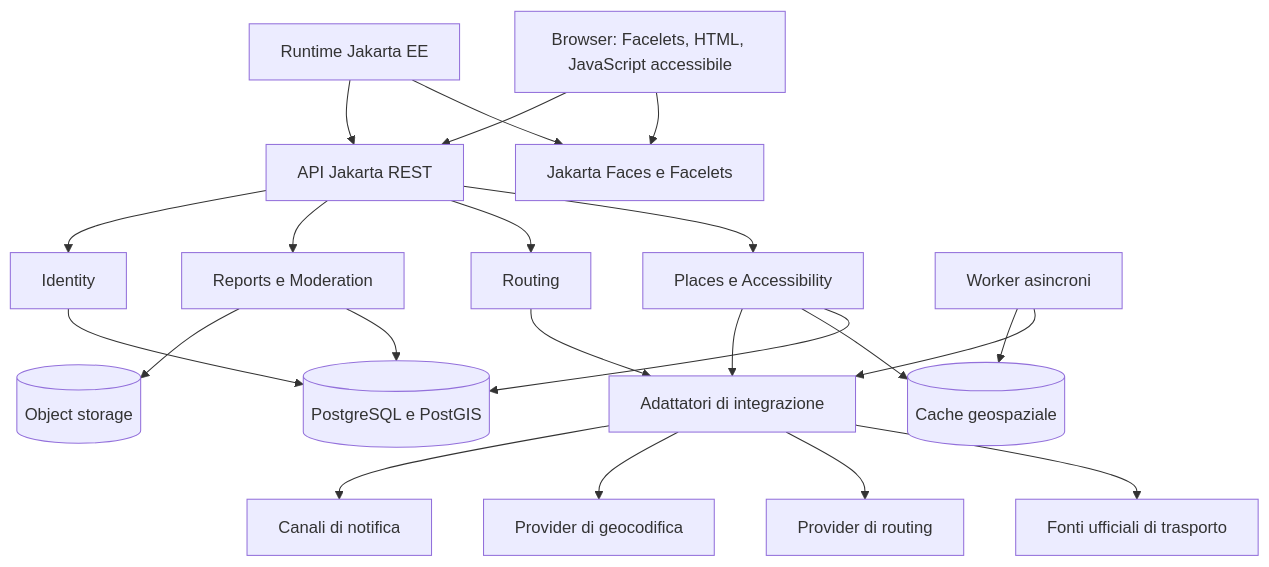
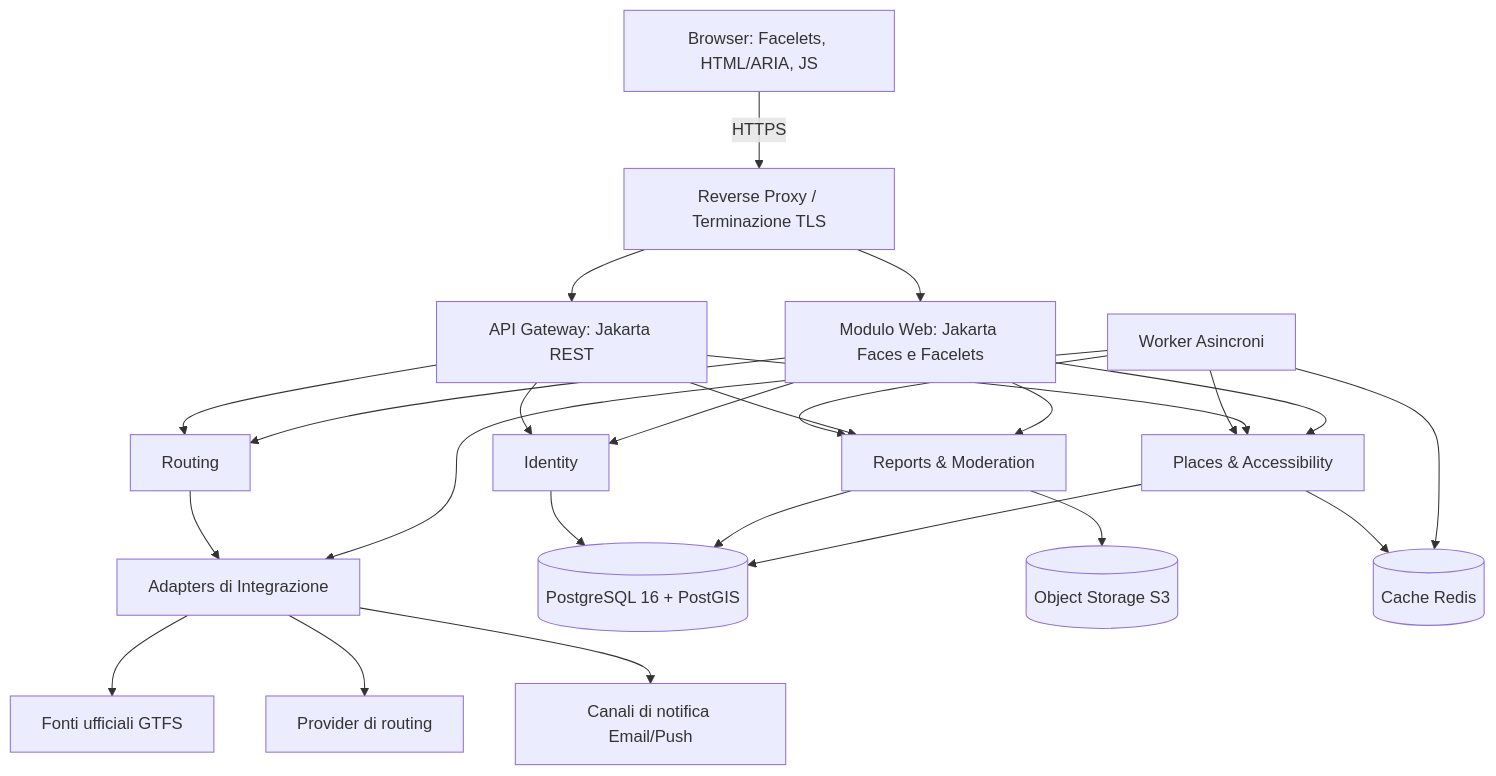
One commit to kairosci/aegis changed the first of 5 diagrams in docs/SDD.md. Above: the diagram before and after it, drawn with Mermaid. The commit also changed other lines of this file, not shown here.

````diff
--- a/docs/SDD.md
+++ b/docs/SDD.md
@@ -114,43 +116,44 @@
 ```mermaid
 flowchart TB
-  accDescr: Browser e runtime si collegano ai moduli, alla persistenza e ai provider esterni tramite adattatori.
-  Browser[Browser: Facelets, HTML, JavaScript accessibile]
-  Runtime[Runtime Jakarta EE]
-  Faces[Jakarta Faces e Facelets]
-  Rest[API Jakarta REST]
-  Places[Places e Accessibility]
+  Browser[Browser: Facelets, HTML/ARIA, JS]
+  Ingress[Reverse Proxy / Terminazione TLS]
+  Faces[Modulo Web: Jakarta Faces e Facelets]
+  Rest[API Gateway: Jakarta REST]
+  Places[Places & Accessibility]
   Routing[Routing]
-  Reports[Reports e Moderation]
+  Reports[Reports & Moderation]
   Identity[Identity]
-  Worker[Worker asincroni]
-  Integrations[Adattatori di integrazione]
-  Database[(PostgreSQL e PostGIS)]
-  Storage[(Object storage)]
-  Cache[(Cache geospaziale)]
-  Transit[Fonti ufficiali di trasporto]
+  Worker[Worker Asincroni]
+  Integrations[Adapters di Integrazione]
+  Database[(PostgreSQL 16 + PostGIS)]
+  Storage[(Object Storage S3)]
+  Cache[(Cache Redis)]
+  Transit[Fonti ufficiali GTFS]
   RouteProvider[Provider di routing]
-  GeoProvider[Provider di geocodifica]
-  Notify[Canali di notifica]
+  Notify[Canali di notifica Email/Push]
 
-  Browser --> Faces
-  Browser --> Rest
-  Runtime --> Faces
-  Runtime --> Rest
+  Browser -->|HTTPS| Ingress
+  Ingress --> Faces
+  Ingress --> Rest
+  Faces --> Places
+  Faces --> Routing
+  Faces --> Reports
+  Faces --> Identity
   Rest --> Places
   Rest --> Routing
   Rest --> Reports
   Rest --> Identity
+  Worker --> Places
+  Worker --> Reports
   Worker --> Integrations
   Worker --> Cache
   Places --> Database
   Places --> Cache
   Reports --> Database
+  Reports --> Storage
   Identity --> Database
-  Reports --> Storage
-  Places --> Integrations
   Routing --> Integrations
   Integrations --> Transit
   Integrations --> RouteProvider
-  Integrations --> GeoProvider
   Integrations --> Notify
 ```
````
